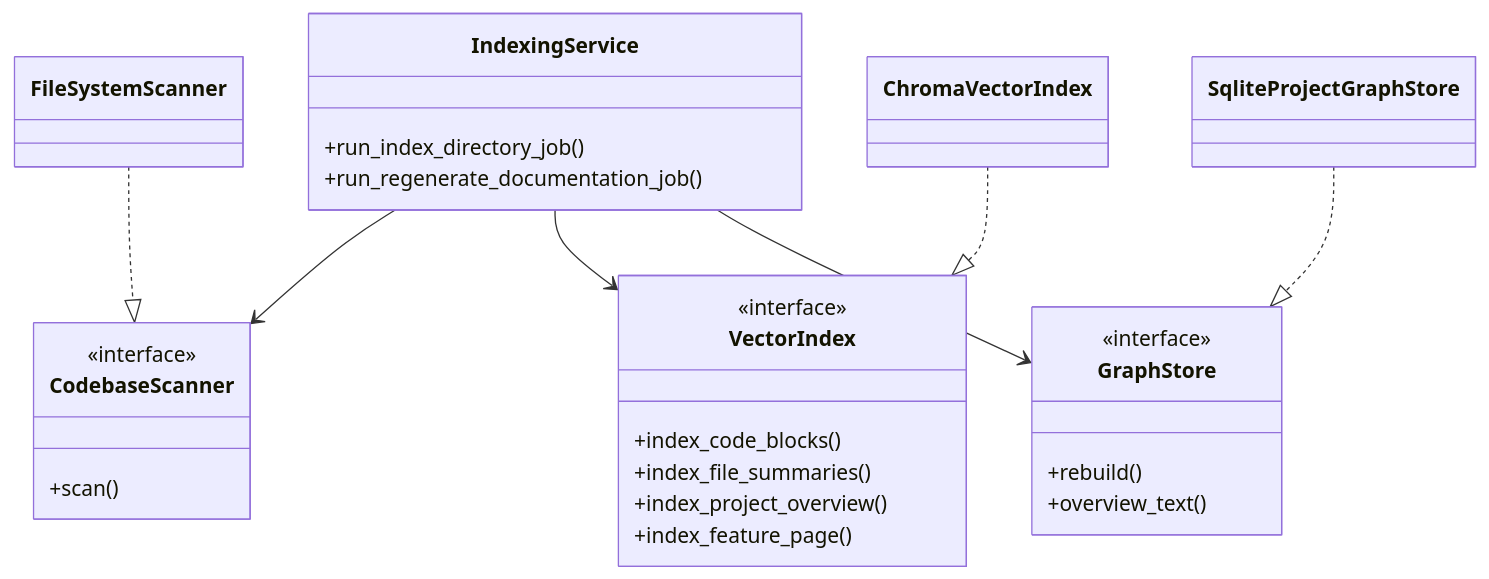
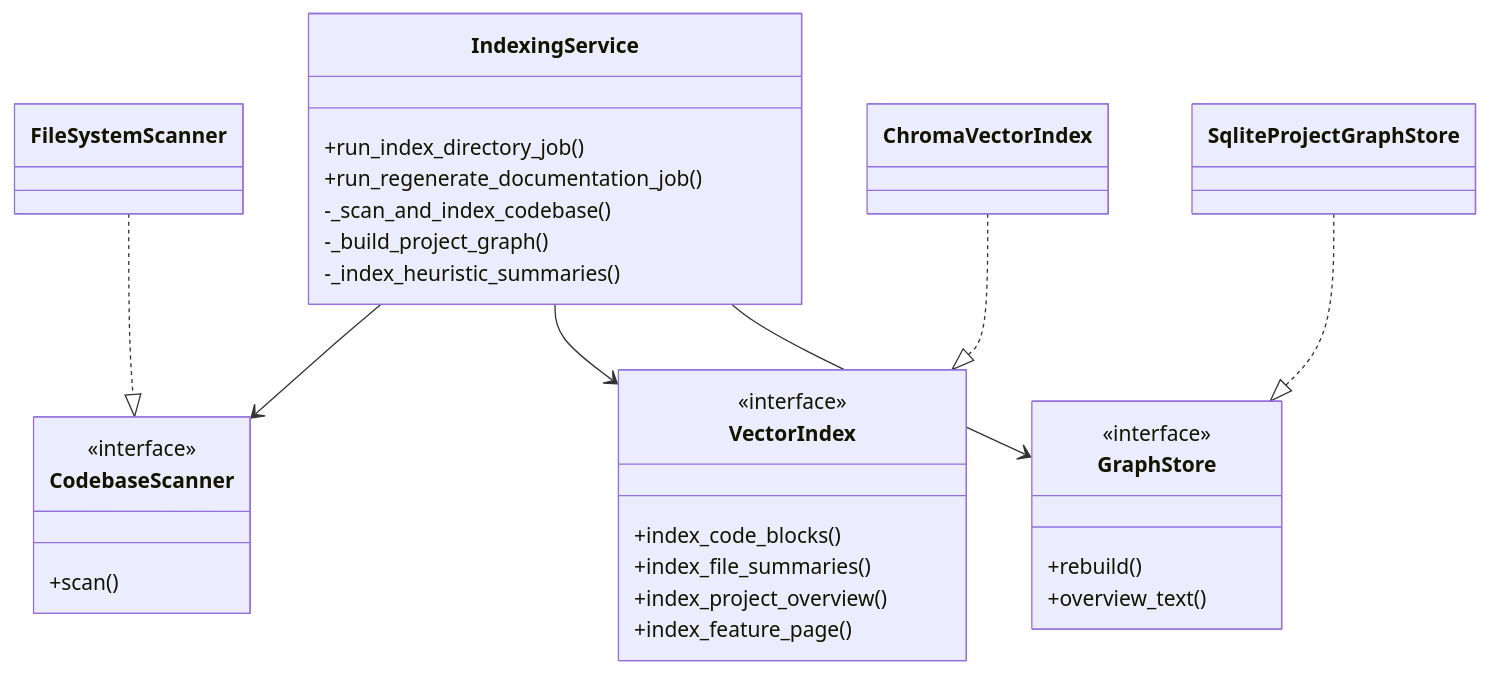
Before and after one commit to cyberbobjr/open-deepwiki: the second of 7 diagrams in ARCHITECTURE.md, drawn with Mermaid. The commit also changed other lines of this file and 10 other files, not shown here.

````diff
--- a/ARCHITECTURE.md
+++ b/ARCHITECTURE.md
@@ -134,36 +140,39 @@
 ```mermaid
 classDiagram
     class IndexingService {
         +run_index_directory_job()
         +run_regenerate_documentation_job()
+        -_scan_and_index_codebase()
+        -_build_project_graph()
+        -_index_heuristic_summaries()
     }
 
     class CodebaseScanner {
         <<interface>>
         +scan()
     }
     class VectorIndex {
         <<interface>>
         +index_code_blocks()
         +index_file_summaries()
         +index_project_overview()
         +index_feature_page()
     }
     class GraphStore {
         <<interface>>
         +rebuild()
         +overview_text()
     }
 
     IndexingService --> CodebaseScanner
     IndexingService --> VectorIndex
     IndexingService --> GraphStore
 
     class FileSystemScanner
     class ChromaVectorIndex
     class SqliteProjectGraphStore
 
     FileSystemScanner ..|> CodebaseScanner
     ChromaVectorIndex ..|> VectorIndex
     SqliteProjectGraphStore ..|> GraphStore
 ```
````
